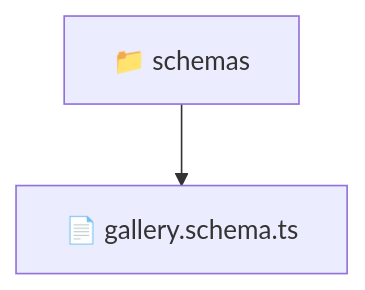
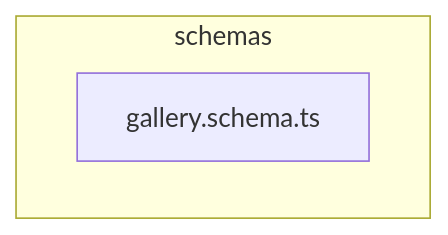
The diagram in backend/src/modules/gallery/infrastructure/schemas/README.md (beginwebdev2002/fullstack-mavluda), drawn with Mermaid before and after one commit. The commit also changed other lines of this file and 163 other files, not shown here.

````diff
--- a/backend/src/modules/gallery/infrastructure/schemas/README.md
+++ b/backend/src/modules/gallery/infrastructure/schemas/README.md
@@ -9,5 +15,6 @@
 ```mermaid
 graph TD
-  Root["📁 schemas"]
-  Root --> gallery_schema_ts["📄 gallery.schema.ts"]
+  subgraph schemas
+    gallery_schema_ts["gallery.schema.ts"]
+  end
 ```
````
